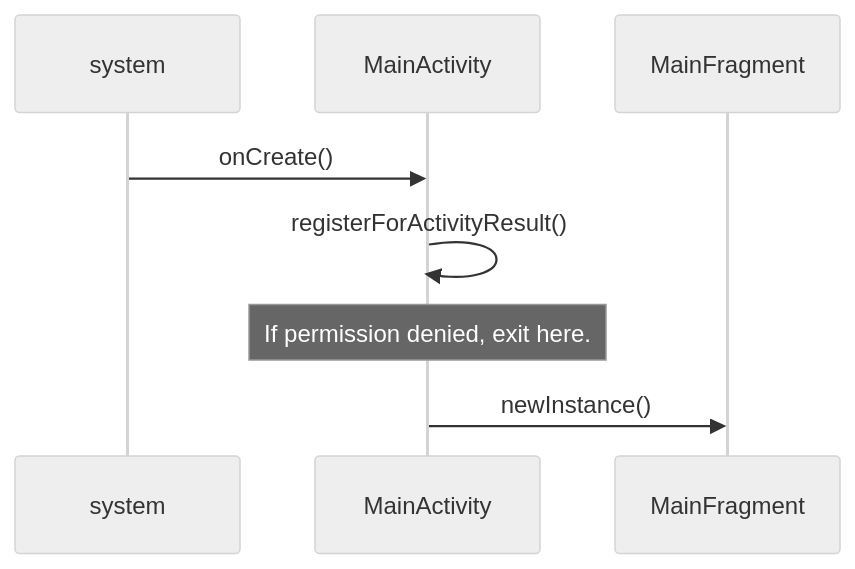
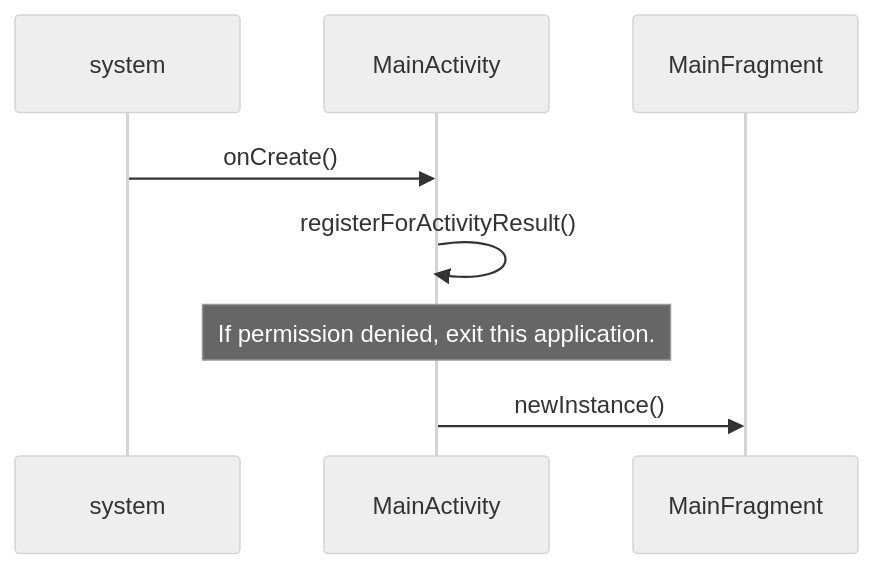
The first of 5 diagrams in README.md (aaaa1597/And-OneShotCamera), drawn with Mermaid (neutral theme) before and after one commit. The commit also changed other lines of this file, not shown here.

````diff
--- a/README.md
+++ b/README.md
@@ -25,7 +25,7 @@
 ```mermaid
 sequenceDiagram
 system ->> MainActivity: onCreate()
 MainActivity ->> MainActivity: registerForActivityResult()
-Note over MainActivity : If permission denied, exit here.
+Note over MainActivity : If permission denied, exit this application.
 MainActivity ->> MainFragment: newInstance()
 ```
````
